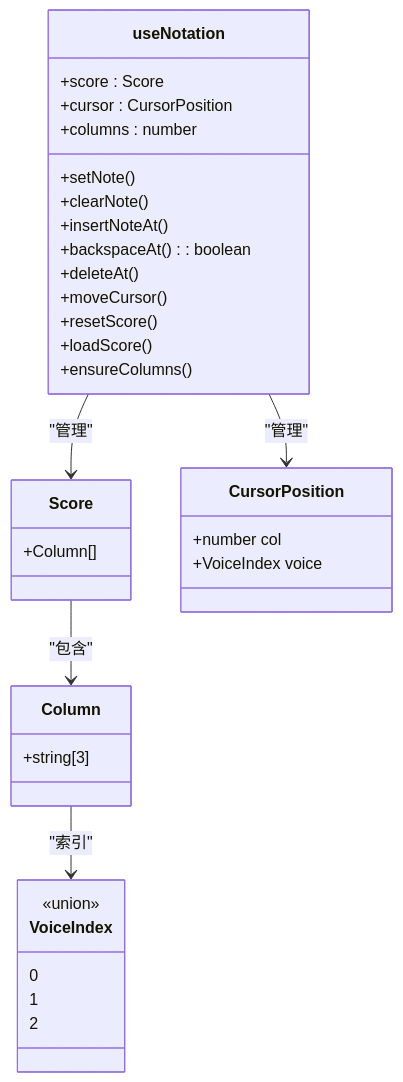
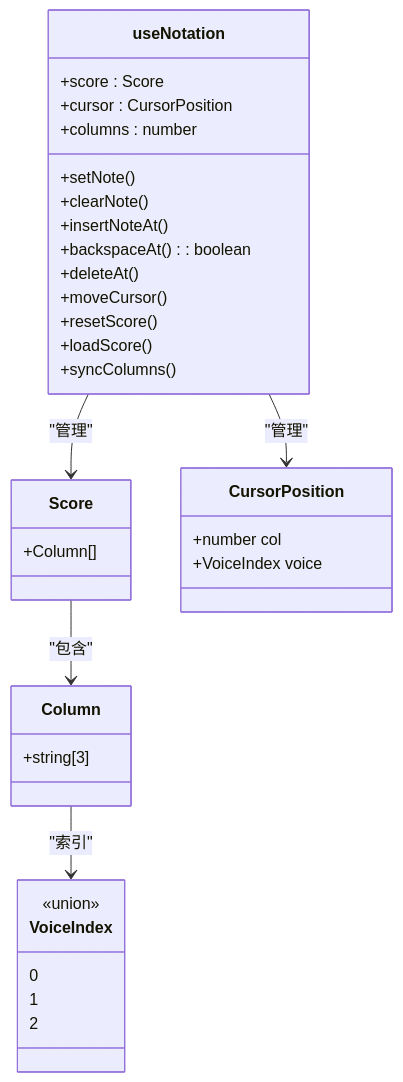
One commit to wingmeng/SUBOR-Music-Board changed the third of 3 diagrams in wiki/API参考文档/组合式函数API/useNotation 记谱数据管理API.md. Above: the diagram before and after it, drawn with Mermaid. The commit also changed other lines of this file and 45 other files, not shown here.

````diff
--- a/wiki/API参考文档/组合式函数API/useNotation 记谱数据管理API.md
+++ b/wiki/API参考文档/组合式函数API/useNotation 记谱数据管理API.md
@@ -280,37 +284,37 @@
 ```mermaid
 classDiagram
 class Score {
 +Column[]
 }
 class Column {
 +string[3]
 }
 class CursorPosition {
 +number col
 +VoiceIndex voice
 }
 class VoiceIndex {
 <<union>>
 0
 1
 2
 }
 class useNotation {
 +score : Score
 +cursor : CursorPosition
 +columns : number
 +setNote()
 +clearNote()
 +insertNoteAt()
 +backspaceAt() : boolean
 +deleteAt()
 +moveCursor()
 +resetScore()
 +loadScore()
-+ensureColumns()
++syncColumns()
 }
 useNotation --> Score : "管理"
 useNotation --> CursorPosition : "管理"
 Score --> Column : "包含"
 Column --> VoiceIndex : "索引"
 ```
````
